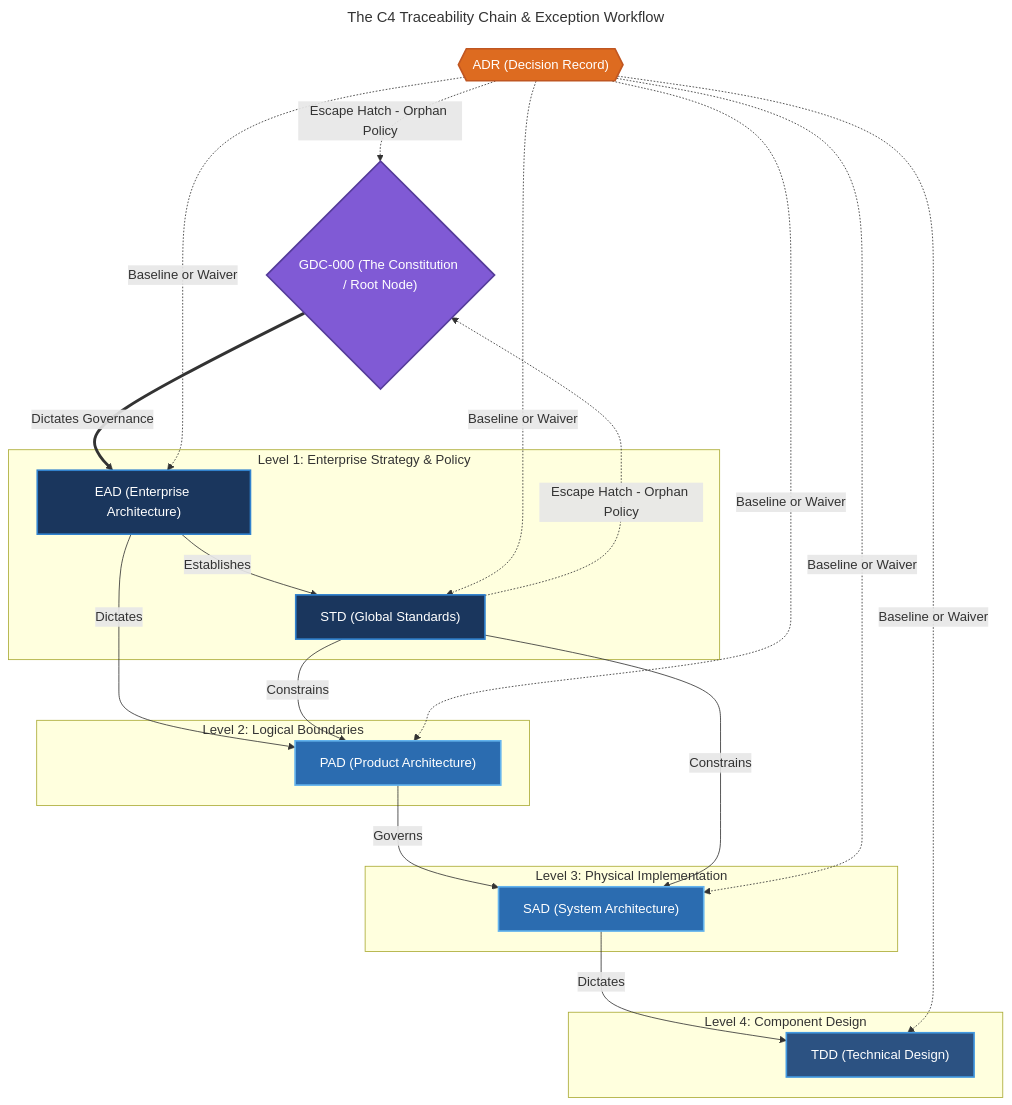
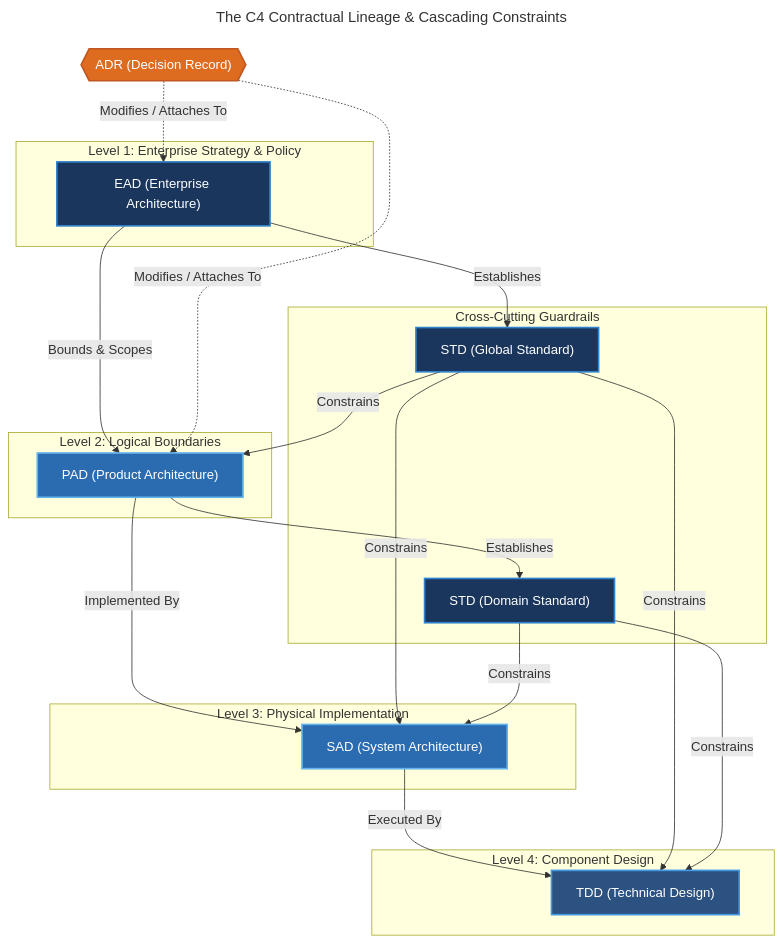
The third of 4 diagrams in 00-governance/GDC-000-governance-policy.md (anshacerbia2/scnehaux-architecture), drawn with Mermaid before and after one commit. The commit also changed other lines of this file and 137 other files, not shown here.

Commit message:
Update governance guidelines and schemas

```diff
--- a/00-governance/GDC-000-governance-policy.md
+++ b/00-governance/GDC-000-governance-policy.md
@@ -271,53 +304,53 @@
 ~~~mermaid
 ---
-title: The C4 Traceability Chain & Exception Workflow
+title: The C4 Contractual Lineage & Cascading Constraints
 ---
 graph TD
-    GDC{"GDC-000 (The Constitution / Root Node)"}
 
     subgraph Supreme ["Level 1: Enterprise Strategy & Policy"]
         EAD["EAD (Enterprise Architecture)"]
-        STD["STD (Global Standards)"]
+    end
+
+    subgraph Guardrails ["Cross-Cutting Guardrails"]
+        STD_G["STD (Global Standard)"]
+        STD_D["STD (Domain Standard)"]
     end
 
     subgraph Domain ["Level 2: Logical Boundaries"]
         PAD["PAD (Product Architecture)"]
     end
 
     subgraph System ["Level 3: Physical Implementation"]
         SAD["SAD (System Architecture)"]
     end
 
     subgraph Execution ["Level 4: Component Design"]
         TDD["TDD (Technical Design)"]
     end
     
     ADR{{"ADR (Decision Record)"}}
-
-    GDC ==>|Dictates Governance| EAD
     
-    EAD -->|Establishes| STD
-    EAD -->|Dictates| PAD
-    STD -->|Constrains| PAD
-    PAD -->|Governs| SAD
-    STD -->|Constrains| SAD
-    SAD -->|Dictates| TDD
+    EAD -->|Establishes| STD_G
+    PAD -->|Establishes| STD_D
     
-    ADR -.->|Baseline or Waiver| EAD
-    ADR -.->|Baseline or Waiver| STD
-    ADR -.->|Baseline or Waiver| PAD
-    ADR -.->|Baseline or Waiver| SAD
-    ADR -.->|Baseline or Waiver| TDD
-
-    %% Escape Hatches
-    STD -.->|Escape Hatch - Orphan Policy| GDC
-    ADR -.->|Escape Hatch - Orphan Policy| GDC
+    EAD -->|Bounds & Scopes| PAD
+    PAD -->|Implemented By| SAD
+    SAD -->|Executed By| TDD
     
-    style GDC fill:#805ad5,stroke:#553c9a,stroke-width:2px,color:#fff
+    STD_G -->|Constrains| PAD
+    STD_G -->|Constrains| SAD
+    STD_G -->|Constrains| TDD
+    STD_D -->|Constrains| SAD
+    STD_D -->|Constrains| TDD
+    
+    ADR -.->|Modifies / Attaches To| EAD
+    ADR -.->|Modifies / Attaches To| PAD
+    
     style ADR fill:#dd6b20,stroke:#c05621,stroke-width:2px,color:#fff
     style EAD fill:#1a365d,stroke:#3182ce,stroke-width:2px,color:#fff
-    style STD fill:#1a365d,stroke:#3182ce,stroke-width:2px,color:#fff
+    style STD_G fill:#1a365d,stroke:#3182ce,stroke-width:2px,color:#fff
+    style STD_D fill:#1a365d,stroke:#3182ce,stroke-width:2px,color:#fff
     style PAD fill:#2b6cb0,stroke:#63b3ed,stroke-width:2px,color:#fff
     style SAD fill:#2b6cb0,stroke:#63b3ed,stroke-width:2px,color:#fff
     style TDD fill:#2c5282,stroke:#4299e1,stroke-width:2px,color:#fff
 ~~~
```
